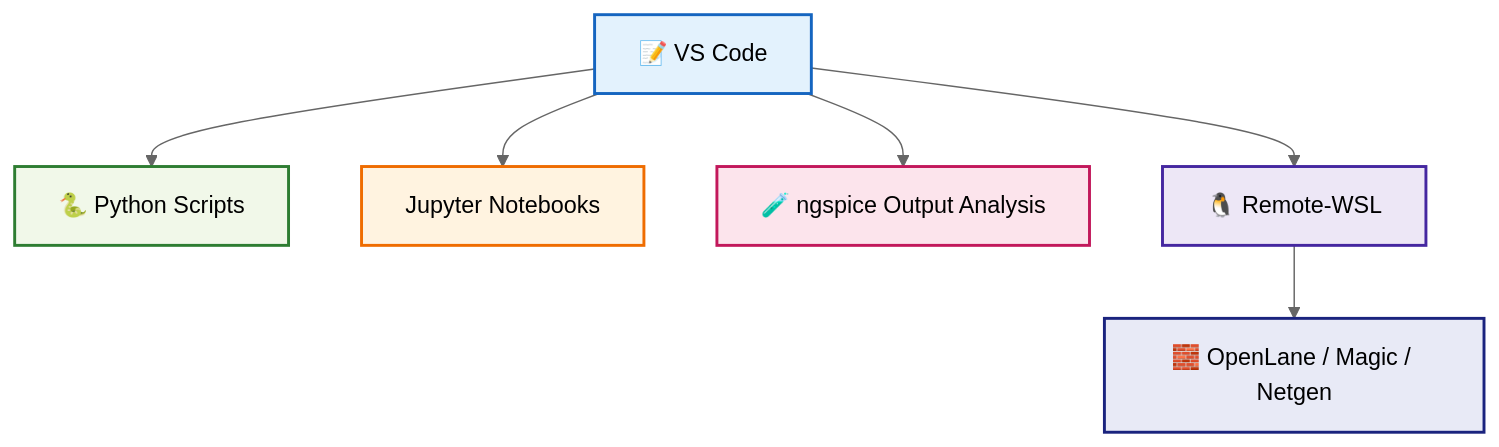
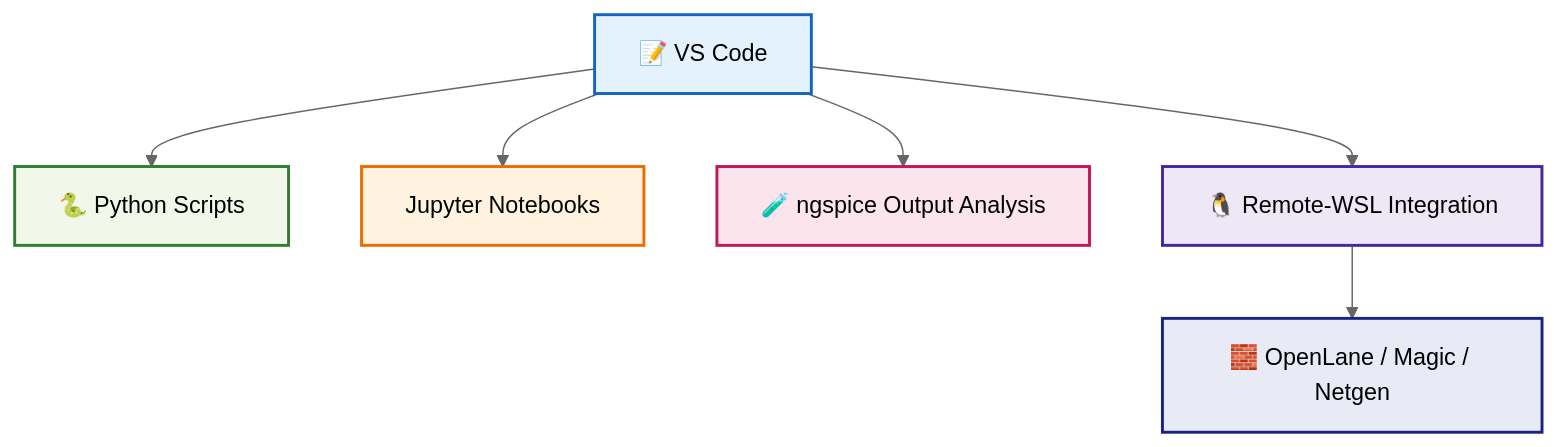
Before and after one commit to Samizo-AITL/Edusemi-v4x: the diagram in e_chapter0_environment_setup/04_vscode_setup.md, drawn with Mermaid (neutral theme). The commit also changed other lines of this file, not shown here.

````diff
--- a/e_chapter0_environment_setup/04_vscode_setup.md
+++ b/e_chapter0_environment_setup/04_vscode_setup.md
@@ -102,15 +113,15 @@
 ```mermaid
 graph TD
     A[📝 VS Code] --> B[🐍 Python Scripts]
     A --> C[Jupyter Notebooks]
     A --> D[🧪 ngspice Output Analysis]
-    A --> E[🐧 Remote-WSL]
+    A --> E[🐧 Remote-WSL Integration]
     E --> F[🧱 OpenLane / Magic / Netgen]
 
     style A fill:#e3f2fd,stroke:#1565c0,stroke-width:2px
     style B fill:#f1f8e9,stroke:#2e7d32,stroke-width:2px
     style C fill:#fff3e0,stroke:#ef6c00,stroke-width:2px
     style D fill:#fce4ec,stroke:#c2185b,stroke-width:2px
     style E fill:#ede7f6,stroke:#4527a0,stroke-width:2px
     style F fill:#e8eaf6,stroke:#1a237e,stroke-width:2px
 ```
````
